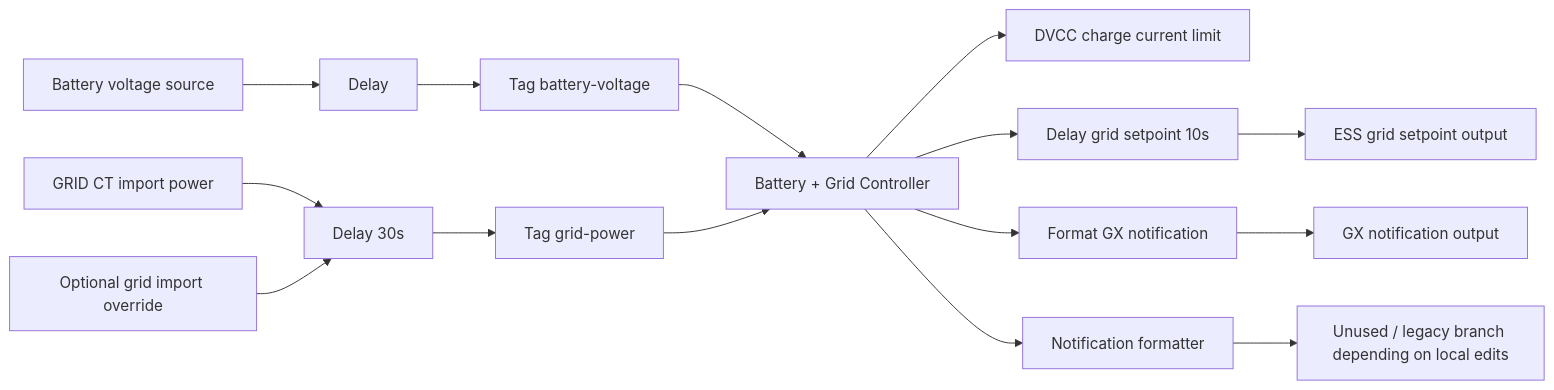
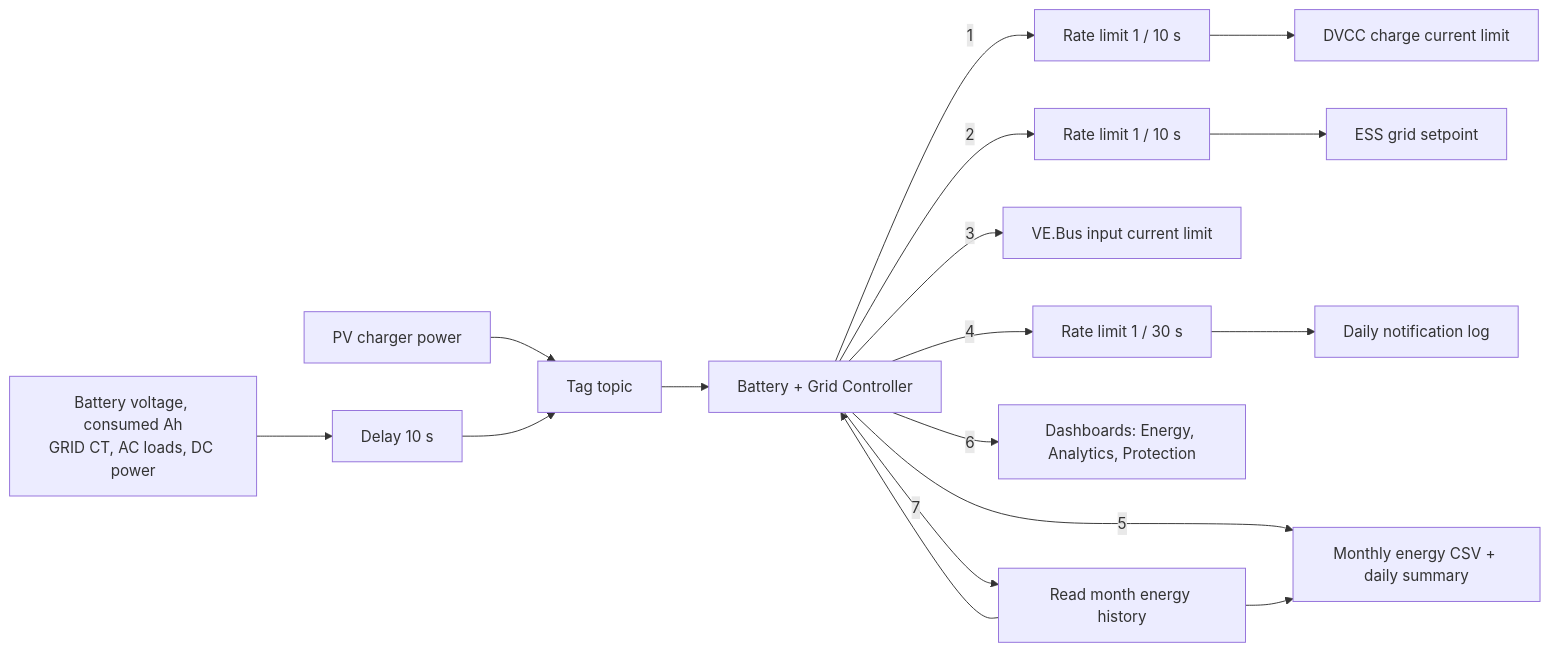
The diagram in docs/development.md (vzakusylo/victron), drawn with Mermaid before and after one commit. The commit also changed other lines of this file and 29 other files, not shown here.

````diff
--- a/docs/development.md
+++ b/docs/development.md
@@ -45,20 +62,16 @@
 ```mermaid
 flowchart LR
-    A[Battery voltage source] --> B[Delay]
-    B --> C[Tag battery-voltage]
+    A[Battery voltage, consumed Ah<br/>GRID CT, AC loads, DC power] --> B[Delay 10 s]
+    P[PV charger power] --> C
+    B --> C[Tag topic]
     C --> H[Battery + Grid Controller]
 
-    D[GRID CT import power] --> E[Delay 30s]
-    E --> F[Tag grid-power]
-    F --> H
-
-    G[Optional grid import override] --> E
-
-    H --> I[DVCC charge current limit]
-    H --> J[Delay grid setpoint 10s]
-    J --> K[ESS grid setpoint output]
-    H --> L[Format GX notification]
-    L --> M[GX notification output]
-    H --> N[Notification formatter]
-    N --> O[Unused / legacy branch depending on local edits]
+    H -->|1| I[Rate limit 1 / 10 s] --> I2[DVCC charge current limit]
+    H -->|2| J[Rate limit 1 / 10 s] --> K[ESS grid setpoint]
+    H -->|3| L[VE.Bus input current limit]
+    H -->|4| N[Rate limit 1 / 30 s] --> N2[Daily notification log]
+    H -->|5| O[Monthly energy CSV + daily summary]
+    H -->|6| Q[Dashboards: Energy, Analytics, Protection]
+    H -->|7| R[Read month energy history] --> H
+    R --> O
 ```
````
